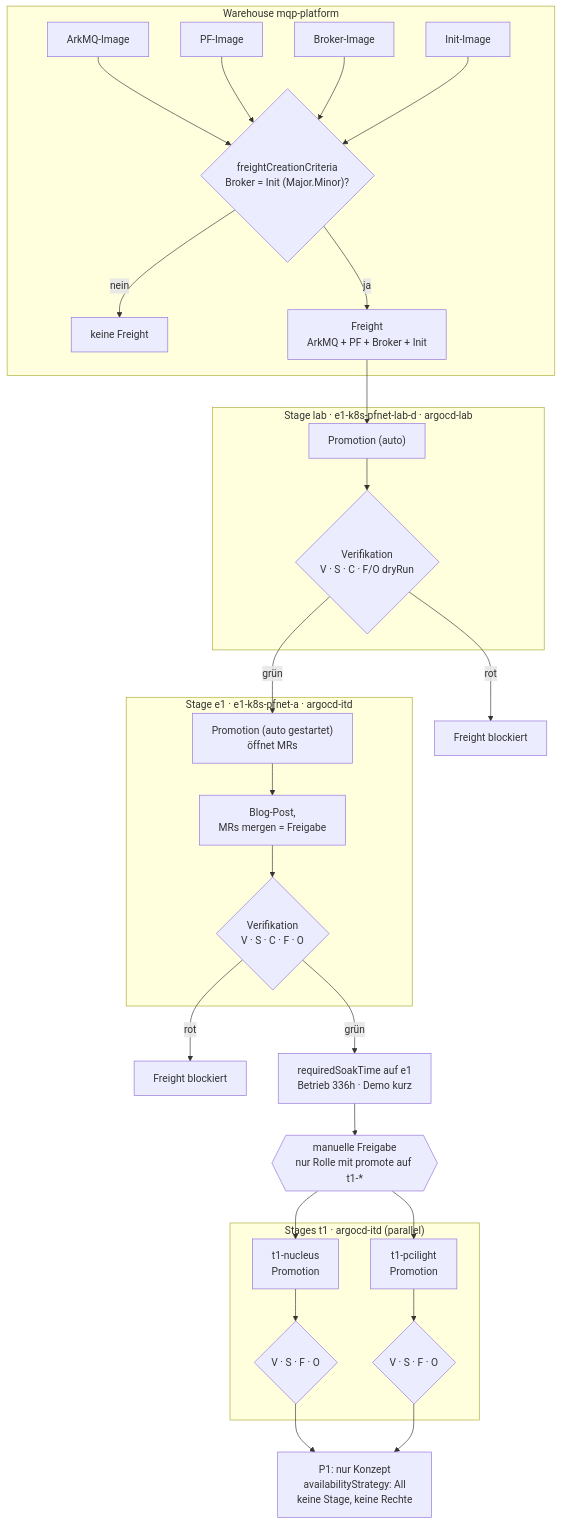
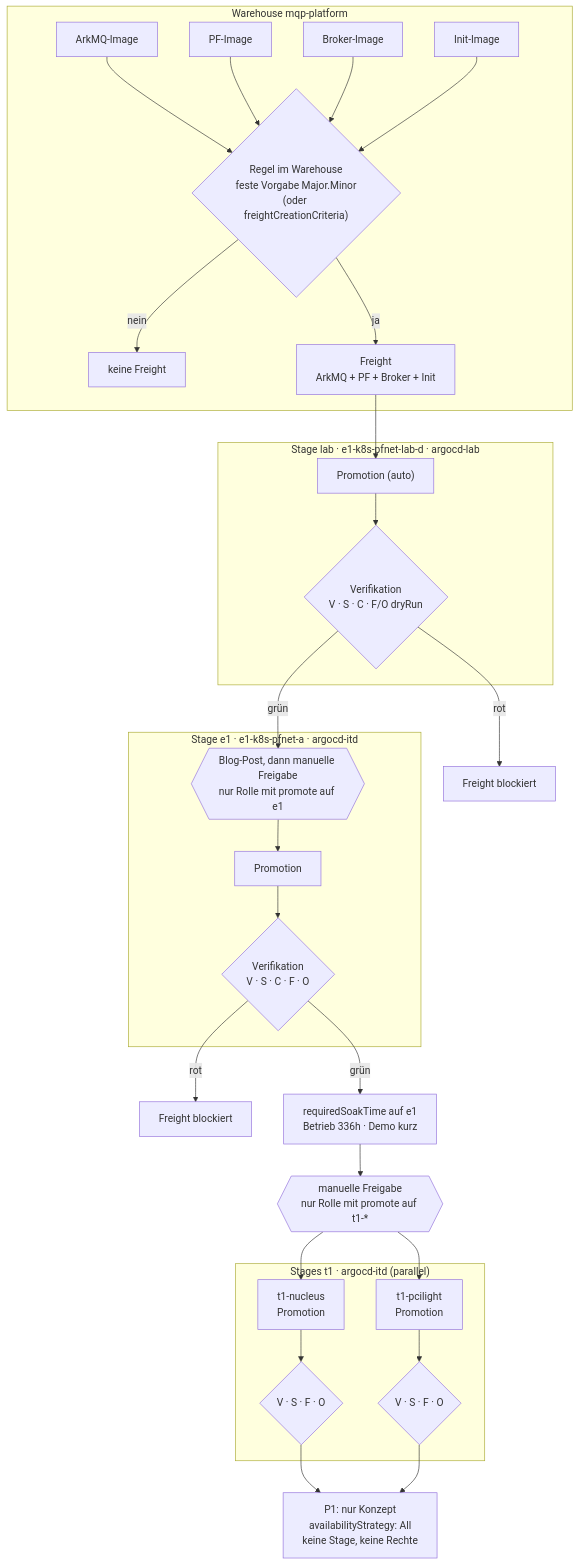
The fourth of 5 diagrams in VERSIONEN.md (eliboost/mqp-ipa), drawn with Mermaid before and after one commit. The commit also changed other lines of this file and 3 other files, not shown here.

````diff
--- a/VERSIONEN.md
+++ b/VERSIONEN.md
@@ -260,35 +372,35 @@
 ```mermaid
 flowchart TD
   subgraph WH["Warehouse mqp-platform"]
-    s1["ArkMQ-Image"] & s2["PF-Image"] & s3["Broker-Image"] & s4["Init-Image"] --> crit{"freightCreationCriteria<br/>Broker = Init (Major.Minor)?"}
+    s1["ArkMQ-Image"] & s2["PF-Image"] & s3["Broker-Image"] & s4["Init-Image"] --> crit{"Regel im Warehouse<br/>feste Vorgabe Major.Minor<br/>(oder freightCreationCriteria)"}
     crit -- nein --> nofreight["keine Freight"]
     crit -- ja --> freight["Freight<br/>ArkMQ + PF + Broker + Init"]
   end
 
   freight --> lab
 
   subgraph LAB["Stage lab · e1-k8s-pfnet-lab-d · argocd-lab"]
     lab["Promotion (auto)"] --> labv{"Verifikation<br/>V · S · C · F/O dryRun"}
   end
 
-  labv -- grün --> e1
   labv -- rot --> stop1["Freight blockiert"]
 
   subgraph E1["Stage e1 · e1-k8s-pfnet-a · argocd-itd"]
-    e1["Promotion (auto gestartet)<br/>öffnet MRs"] --> blog["Blog-Post,<br/>MRs mergen = Freigabe"]
-    blog --> e1v{"Verifikation<br/>V · S · C · F · O"}
+    blog{{"Blog-Post, dann manuelle Freigabe<br/>nur Rolle mit promote auf e1"}} --> e1["Promotion"]
+    e1 --> e1v{"Verifikation<br/>V · S · C · F · O"}
   end
 
+  labv -- grün --> blog
   e1v -- rot --> stop2["Freight blockiert"]
   e1v -- grün --> soak["requiredSoakTime auf e1<br/>Betrieb 336h · Demo kurz"]
   soak --> gate{{"manuelle Freigabe<br/>nur Rolle mit promote auf t1-*"}}
 
   gate --> t1n & t1p
 
   subgraph T1["Stages t1 · argocd-itd (parallel)"]
     t1n["t1-nucleus<br/>Promotion"] --> t1nv{"V · S · F · O"}
     t1p["t1-pcilight<br/>Promotion"] --> t1pv{"V · S · F · O"}
   end
 
   t1nv & t1pv --> p1c["P1: nur Konzept<br/>availabilityStrategy: All<br/>keine Stage, keine Rechte"]
 ```
````
